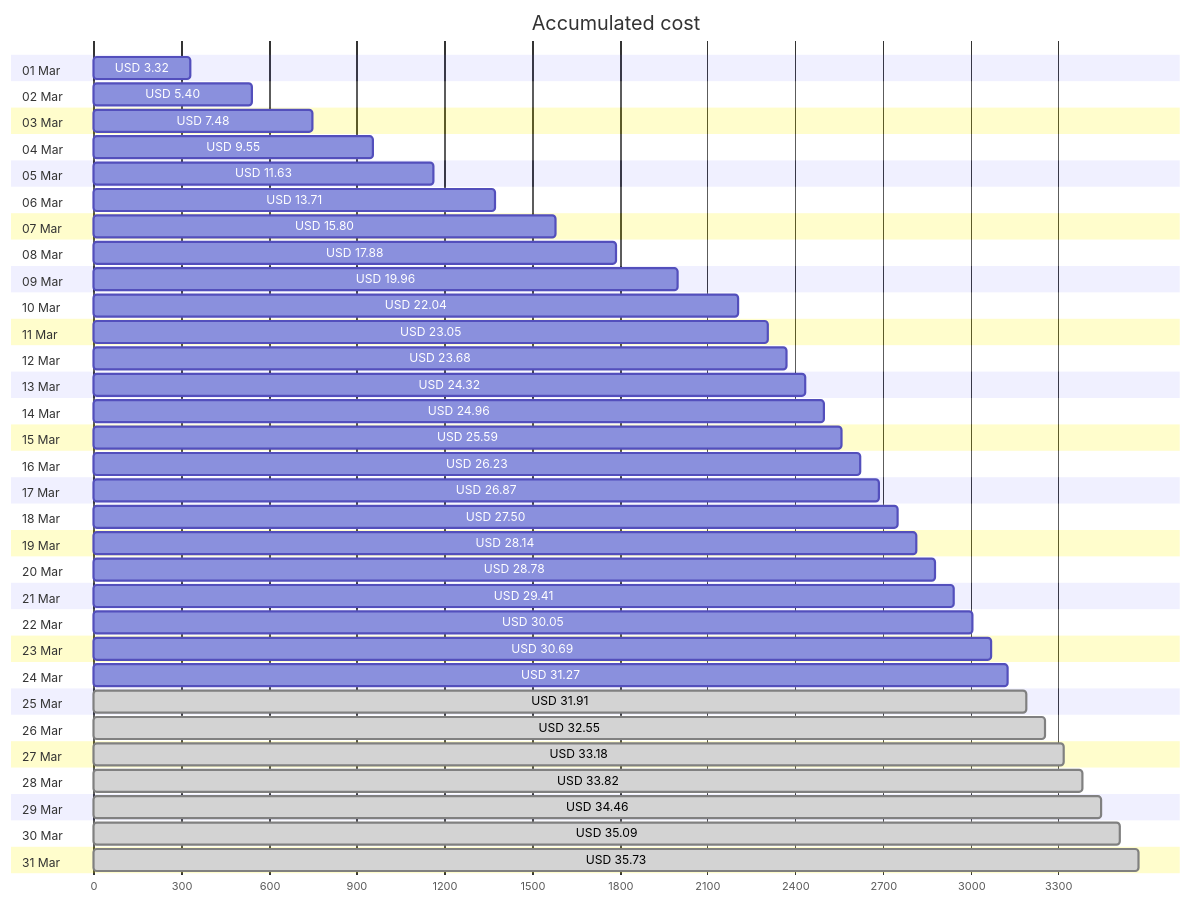
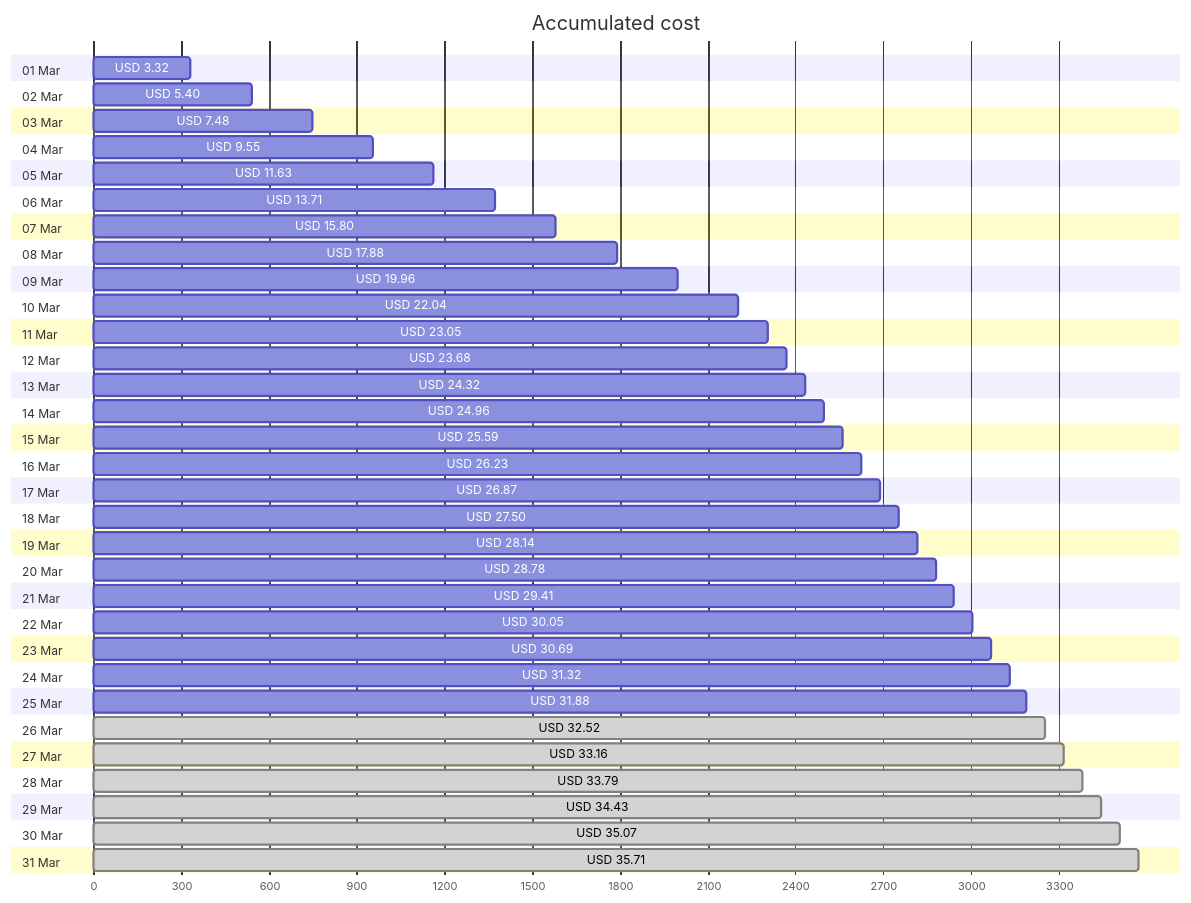
Before and after one commit to jpfulton/azure-personal-reports: the first of 4 diagrams in cost-reports/accumulated-cost.md, drawn with Mermaid. The commit also changed other lines of this file and 4 other files, not shown here.

````diff
--- a/cost-reports/accumulated-cost.md
+++ b/cost-reports/accumulated-cost.md
@@ -20,68 +20,68 @@
 ```mermaid
 gantt
    title Accumulated cost
    dateFormat  X
    axisFormat %s
    section 01 Mar
    USD 3.32 :0, 332
    section 02 Mar
    USD 5.40 :0, 540
    section 03 Mar
    USD 7.48 :0, 748
    section 04 Mar
    USD 9.55 :0, 955
    section 05 Mar
    USD 11.63 :0, 1163
    section 06 Mar
    USD 13.71 :0, 1371
    section 07 Mar
    USD 15.80 :0, 1580
    section 08 Mar
    USD 17.88 :0, 1788
    section 09 Mar
    USD 19.96 :0, 1996
    section 10 Mar
    USD 22.04 :0, 2204
    section 11 Mar
    USD 23.05 :0, 2305
    section 12 Mar
    USD 23.68 :0, 2368
    section 13 Mar
    USD 24.32 :0, 2432
    section 14 Mar
    USD 24.96 :0, 2496
    section 15 Mar
    USD 25.59 :0, 2559
    section 16 Mar
    USD 26.23 :0, 2623
    section 17 Mar
    USD 26.87 :0, 2687
    section 18 Mar
    USD 27.50 :0, 2750
    section 19 Mar
    USD 28.14 :0, 2814
    section 20 Mar
    USD 28.78 :0, 2878
    section 21 Mar
    USD 29.41 :0, 2941
    section 22 Mar
    USD 30.05 :0, 3005
    section 23 Mar
    USD 30.69 :0, 3069
    section 24 Mar
-   USD 31.27 :0, 3127
+   USD 31.32 :0, 3132
    section 25 Mar
-   USD 31.91 : done, 0, 3191
+   USD 31.88 :0, 3188
    section 26 Mar
-   USD 32.55 : done, 0, 3255
+   USD 32.52 : done, 0, 3252
    section 27 Mar
-   USD 33.18 : done, 0, 3318
+   USD 33.16 : done, 0, 3316
    section 28 Mar
-   USD 33.82 : done, 0, 3382
+   USD 33.79 : done, 0, 3379
    section 29 Mar
-   USD 34.46 : done, 0, 3446
+   USD 34.43 : done, 0, 3443
    section 30 Mar
-   USD 35.09 : done, 0, 3509
+   USD 35.07 : done, 0, 3507
    section 31 Mar
-   USD 35.73 : done, 0, 3573
+   USD 35.71 : done, 0, 3571
 ```
````
